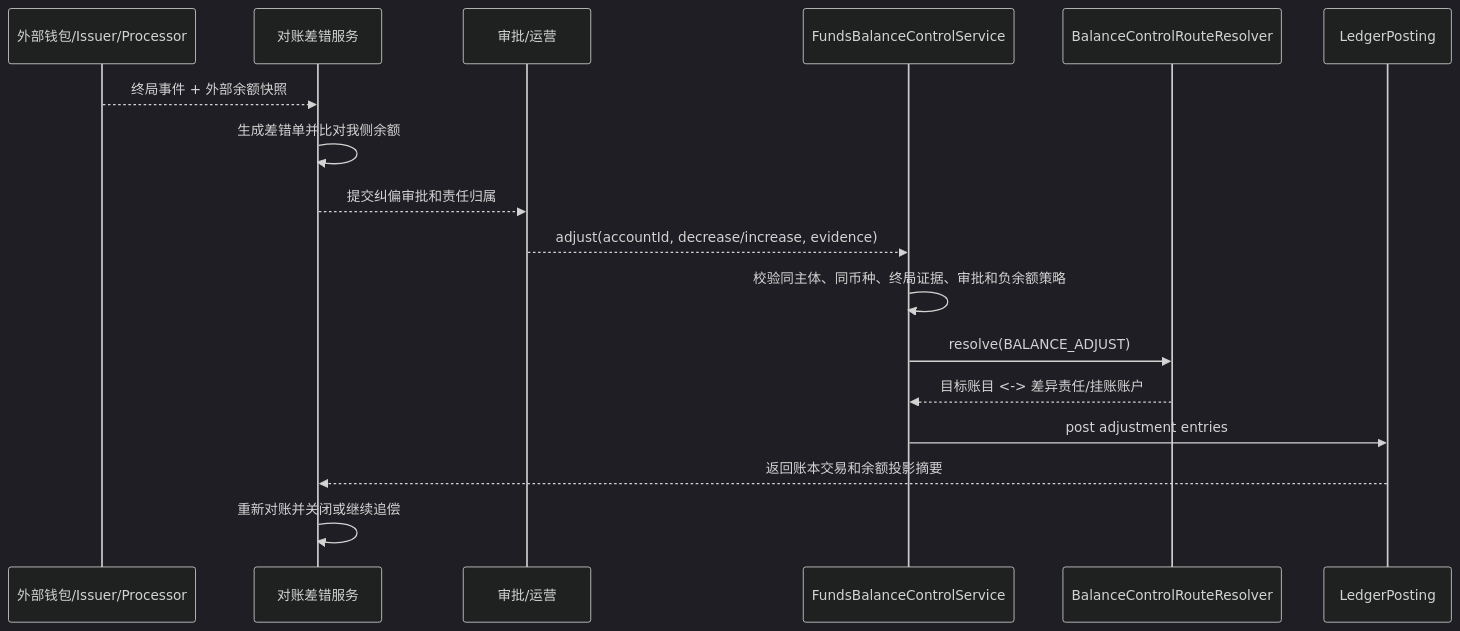
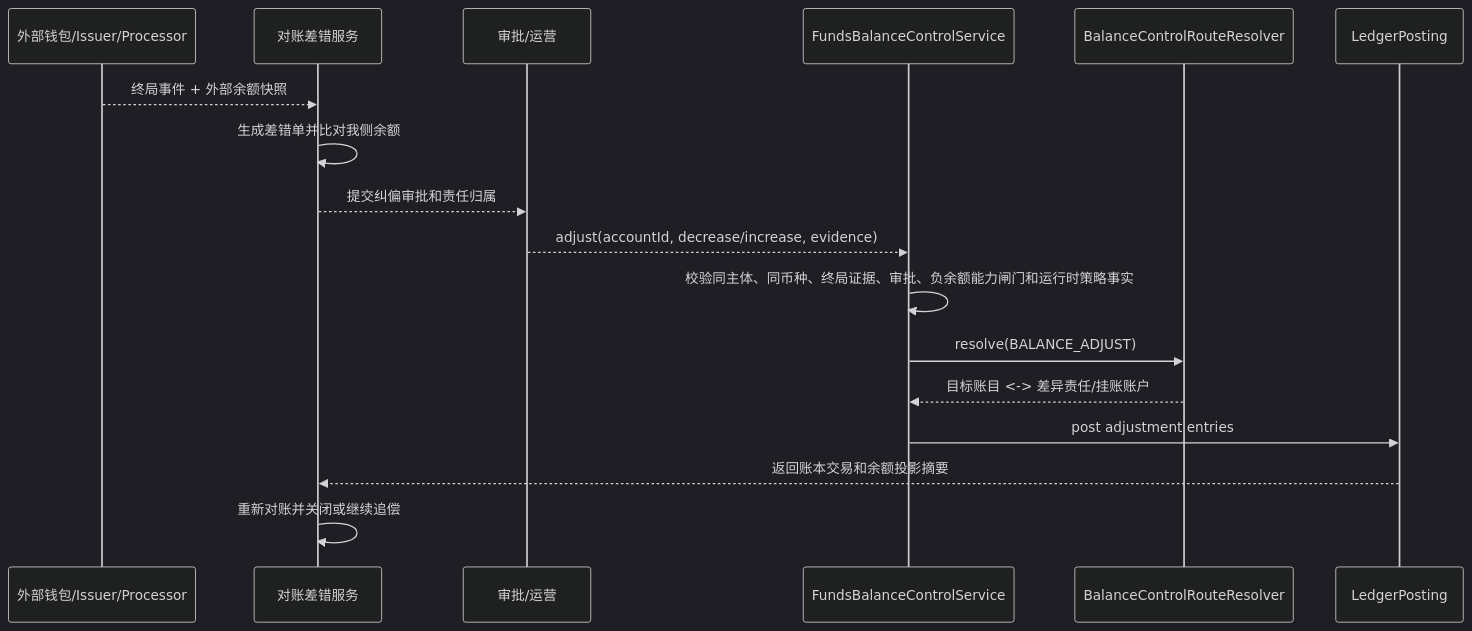
The seventh of 19 diagrams in docs/系分设计/02-交易路由钱包账目与投影系分设计.md (fengwuxp/wind-funds), drawn with Mermaid (dark theme) before and after one commit. The commit also changed other lines of this file and 46 other files, not shown here.

````diff
--- a/docs/系分设计/02-交易路由钱包账目与投影系分设计.md
+++ b/docs/系分设计/02-交易路由钱包账目与投影系分设计.md
@@ -365,20 +365,20 @@
 ```mermaid
 sequenceDiagram
     participant Ext as 外部钱包/Issuer/Processor
     participant Recon as 对账差错服务
     participant Ops as 审批/运营
     participant Control as FundsBalanceControlService
     participant Route as BalanceControlRouteResolver
     participant Ledger as LedgerPosting
 
     Ext-->>Recon: 终局事件 + 外部余额快照
     Recon->>Recon: 生成差错单并比对我侧余额
     Recon-->>Ops: 提交纠偏审批和责任归属
     Ops-->>Control: adjust(accountId, decrease/increase, evidence)
-    Control->>Control: 校验同主体、同币种、终局证据、审批和负余额策略
+    Control->>Control: 校验同主体、同币种、终局证据、审批、负余额能力闸门和运行时策略事实
     Control->>Route: resolve(BALANCE_ADJUST)
     Route-->>Control: 目标账目 <-> 差异责任/挂账账户
     Control->>Ledger: post adjustment entries
     Ledger-->>Recon: 返回账本交易和余额投影摘要
     Recon->>Recon: 重新对账并关闭或继续追偿
 ```
````
